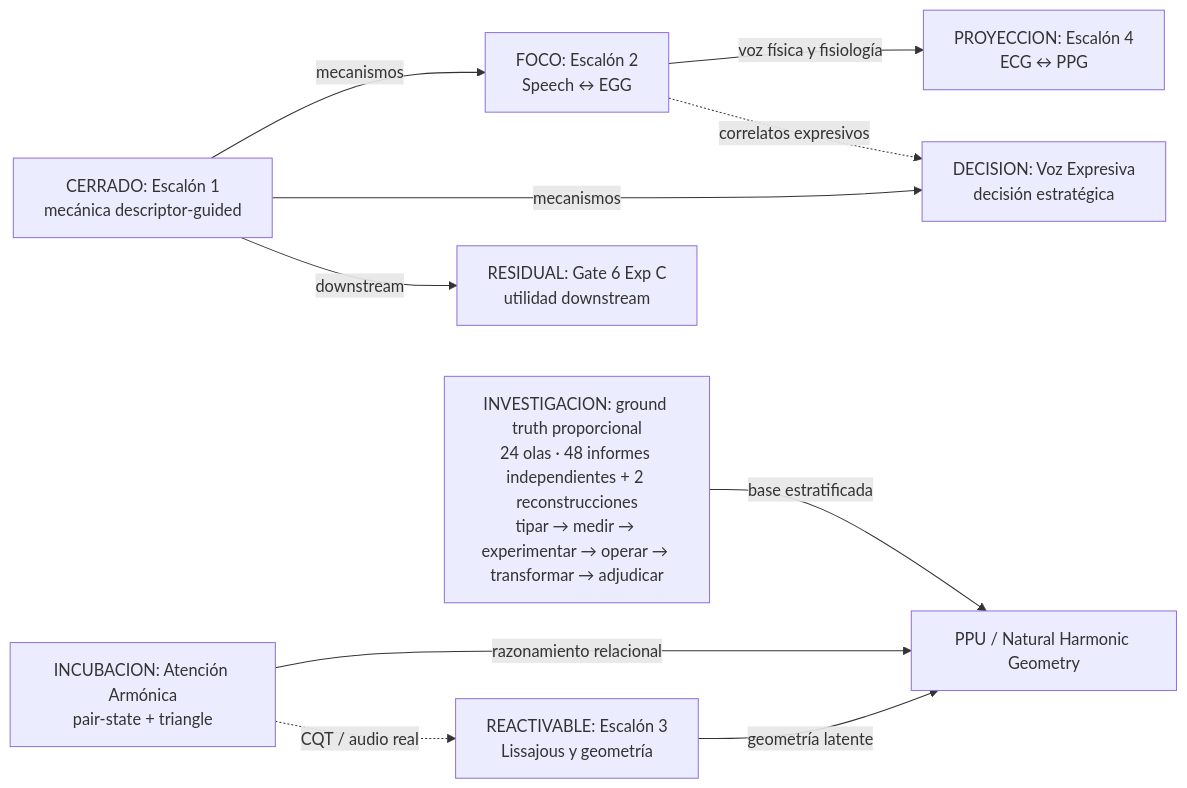
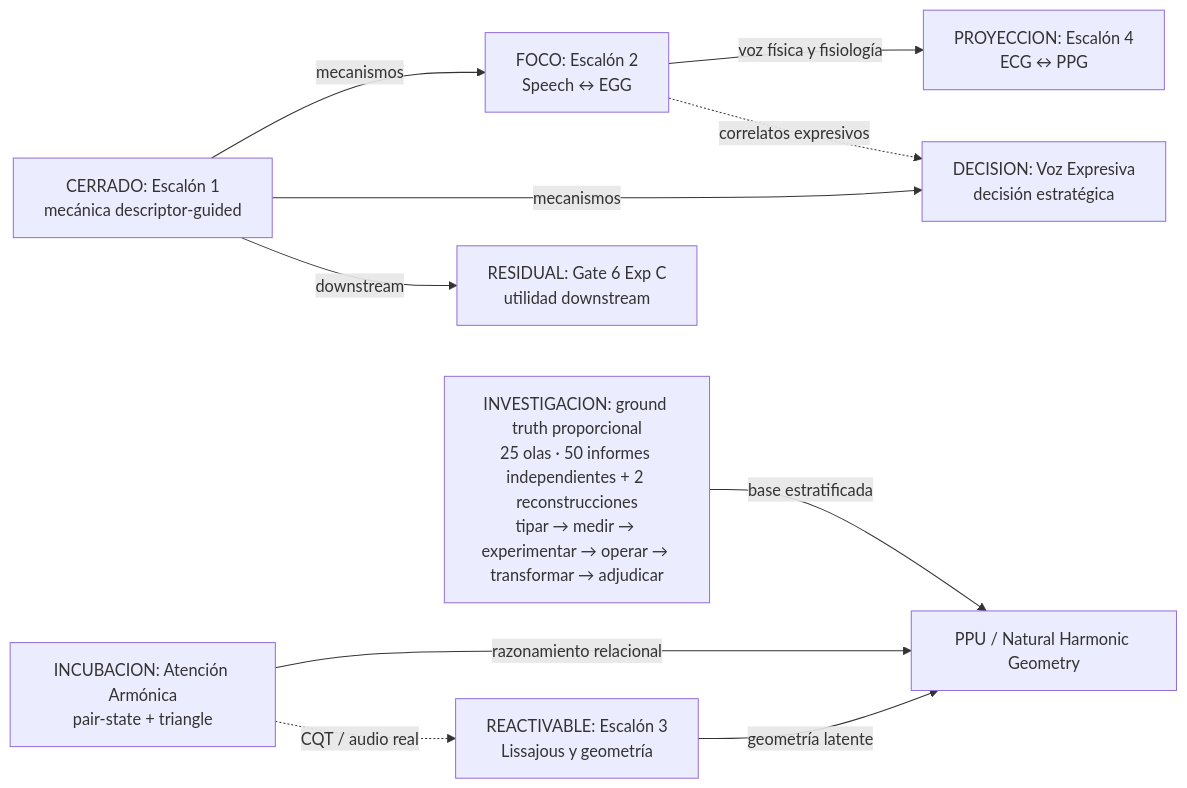
One commit to Mar-IA-no/Phideus changed the first of 2 diagrams in Documents/05_WIKI/MAPA_VISUAL_DEL_PROGRAMA.md. Above: the diagram before and after it, drawn with Mermaid. The commit also changed 10 other files, not shown here.

````diff
--- a/Documents/05_WIKI/MAPA_VISUAL_DEL_PROGRAMA.md
+++ b/Documents/05_WIKI/MAPA_VISUAL_DEL_PROGRAMA.md
@@ -36,22 +36,22 @@
 ```mermaid
 flowchart LR
     E1["CERRADO: Escalón 1<br/>mecánica descriptor-guided"]
     G6["RESIDUAL: Gate 6 Exp C<br/>utilidad downstream"]
     E2["FOCO: Escalón 2<br/>Speech ↔ EGG"]
     VE["DECISION: Voz Expresiva<br/>decisión estratégica"]
     E3["REACTIVABLE: Escalón 3<br/>Lissajous y geometría"]
     AA["INCUBACION: Atención Armónica<br/>pair-state + triangle"]
     E4["PROYECCION: Escalón 4<br/>ECG ↔ PPG"]
     PPU["PPU / Natural Harmonic Geometry"]
-    GT["INVESTIGACION: ground truth proporcional<br/>24 olas · 48 informes independientes + 2 reconstrucciones<br/>tipar → medir → experimentar → operar → transformar → adjudicar"]
+    GT["INVESTIGACION: ground truth proporcional<br/>25 olas · 50 informes independientes + 2 reconstrucciones<br/>tipar → medir → experimentar → operar → transformar → adjudicar"]
 
     E1 -->|mecanismos| E2
     E1 -->|mecanismos| VE
     E1 -->|downstream| G6
     E2 -->|voz física y fisiología| E4
     E2 -.->|correlatos expresivos| VE
     E3 -->|geometría latente| PPU
     AA -->|razonamiento relacional| PPU
     GT -->|base estratificada| PPU
     AA -.->|CQT / audio real| E3
 ```
````
